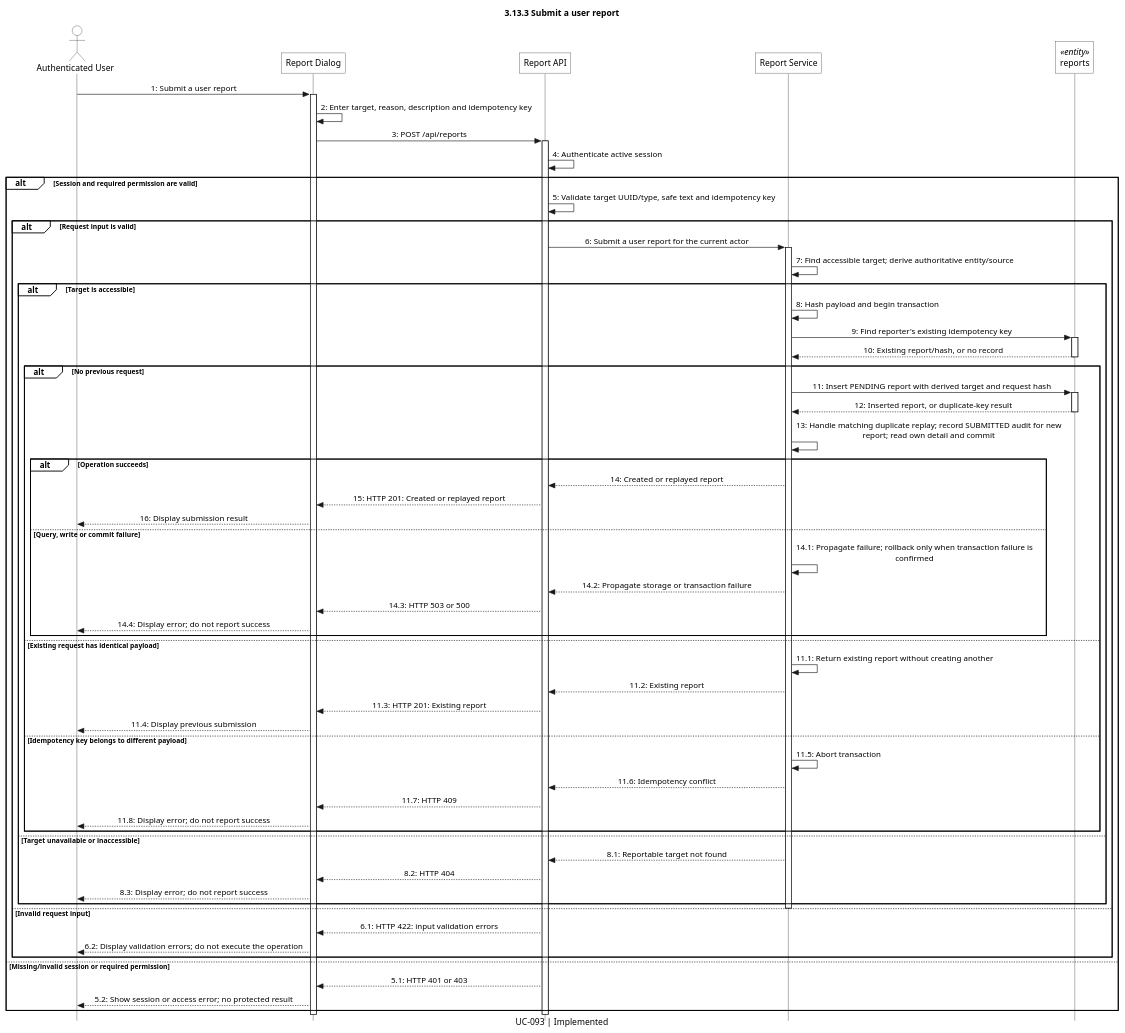
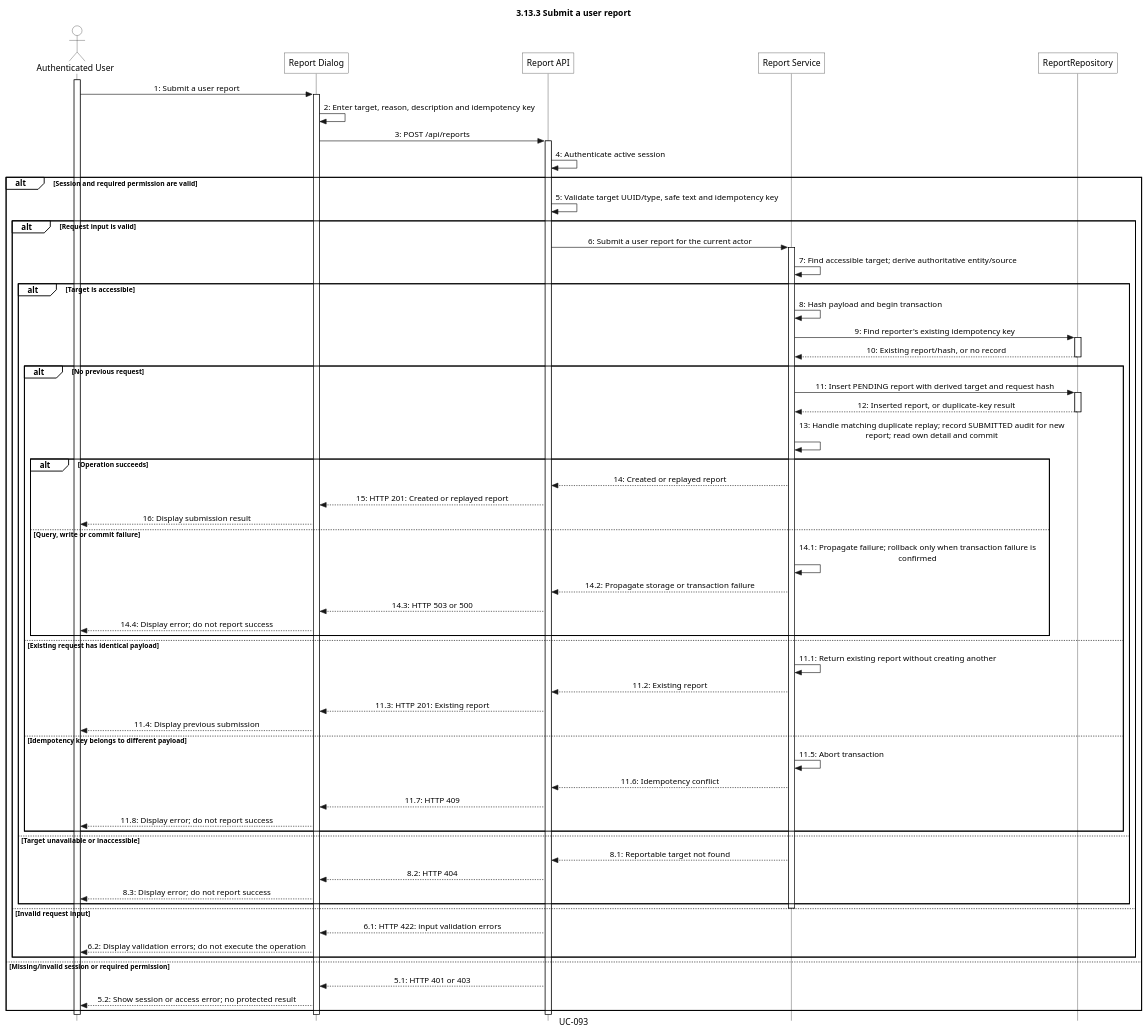
One commit to LNFSYS/lost-and-found-management-system-main changed the diagram in docs/sequences/Q/3.13/3.13.3_UC-093_submit-a-user-report.puml. Above: the diagram before and after it, drawn with PlantUML. The commit also changed 336 other files, not shown here.

Commit message:
docs: refine sequence lifelines and diagram presentation

```diff
--- a/docs/sequences/Q/3.13/3.13.3_UC-093_submit-a-user-report.puml
+++ b/docs/sequences/Q/3.13/3.13.3_UC-093_submit-a-user-report.puml
@@ -1,97 +1,101 @@
 @startuml
 title 3.13.3 Submit a user report
-caption UC-093 | Implemented
+caption UC-093
+' Catalogue: UC-093 | Implemented
 skinparam monochrome true
 skinparam shadowing false
 skinparam roundcorner 0
 skinparam defaultFontName Arial
 skinparam LegendBackgroundColor white
 skinparam style strictuml
 skinparam sequenceMessageAlign center
 show footbox
 <style>
 lifeLine {
     LineStyle 0
 }
 </style>
 skinparam sequence {
     ParticipantBackgroundColor white
     ActorBackgroundColor white
     LifeLineBackgroundColor white
     LifeLineBorderColor black
     GroupBackgroundColor white
     GroupHeaderBackgroundColor white
 }
 
 ' Source: apps/api-node/src/modules/reports/application/report.use-cases.ts
+' Main entity: reports
 ' Main entity migration: apps/api-node/src/migrations/002_lost_found_schema.sql
-' One-table abstraction: related repository reads/writes stay inside the service.
+' Single persistence lifeline: related reads/writes remain summarized in the service.
 actor "Authenticated User" as Actor
 participant "Report Dialog" as Page
 participant "Report API" as API
 participant "Report Service" as Service
-participant "reports" as Table <<entity>>
+participant "ReportRepository" as Table
 
+activate Actor
 Actor -> Page: 1: Submit a user report
 activate Page
 Page -> Page: 2: Enter target, reason, description and idempotency key
 Page -> API: 3: POST /api/reports
 activate API
 API -> API: 4: Authenticate active session
 alt Session and required permission are valid
     API -> API: 5: Validate target UUID/type, safe text and idempotency key
     alt Request input is valid
         API -> Service: 6: Submit a user report for the current actor
         activate Service
         Service -> Service: 7: Find accessible target; derive authoritative entity/source
         alt Target is accessible
             Service -> Service: 8: Hash payload and begin transaction
             Service -> Table: 9: Find reporter's existing idempotency key
             activate Table
             Table --> Service: 10: Existing report/hash, or no record
             deactivate Table
             alt No previous request
                 Service -> Table: 11: Insert PENDING report with derived target and request hash
                 activate Table
                 Table --> Service: 12: Inserted report, or duplicate-key result
                 deactivate Table
                 Service -> Service: 13: Handle matching duplicate replay; record SUBMITTED audit for new\nreport; read own detail and commit
                 alt Operation succeeds
                     Service --> API: 14: Created or replayed report
                     API --> Page: 15: HTTP 201: Created or replayed report
                     Page --> Actor: 16: Display submission result
                 else Query, write or commit failure
                     Service -> Service: 14.1: Propagate failure; rollback only when transaction failure is\nconfirmed
                     Service --> API: 14.2: Propagate storage or transaction failure
                     API --> Page: 14.3: HTTP 503 or 500
                     Page --> Actor: 14.4: Display error; do not report success
                 end
             else Existing request has identical payload
                 Service -> Service: 11.1: Return existing report without creating another
                 Service --> API: 11.2: Existing report
                 API --> Page: 11.3: HTTP 201: Existing report
                 Page --> Actor: 11.4: Display previous submission
             else Idempotency key belongs to different payload
                 Service -> Service: 11.5: Abort transaction
                 Service --> API: 11.6: Idempotency conflict
                 API --> Page: 11.7: HTTP 409
                 Page --> Actor: 11.8: Display error; do not report success
             end
         else Target unavailable or inaccessible
             Service --> API: 8.1: Reportable target not found
             API --> Page: 8.2: HTTP 404
             Page --> Actor: 8.3: Display error; do not report success
         end
         deactivate Service
     else Invalid request input
         API --> Page: 6.1: HTTP 422: input validation errors
         Page --> Actor: 6.2: Display validation errors; do not execute the operation
     end
 else Missing/invalid session or required permission
     API --> Page: 5.1: HTTP 401 or 403
     Page --> Actor: 5.2: Show session or access error; no protected result
 end
 deactivate API
 deactivate Page
+deactivate Actor
 
 @enduml
```
